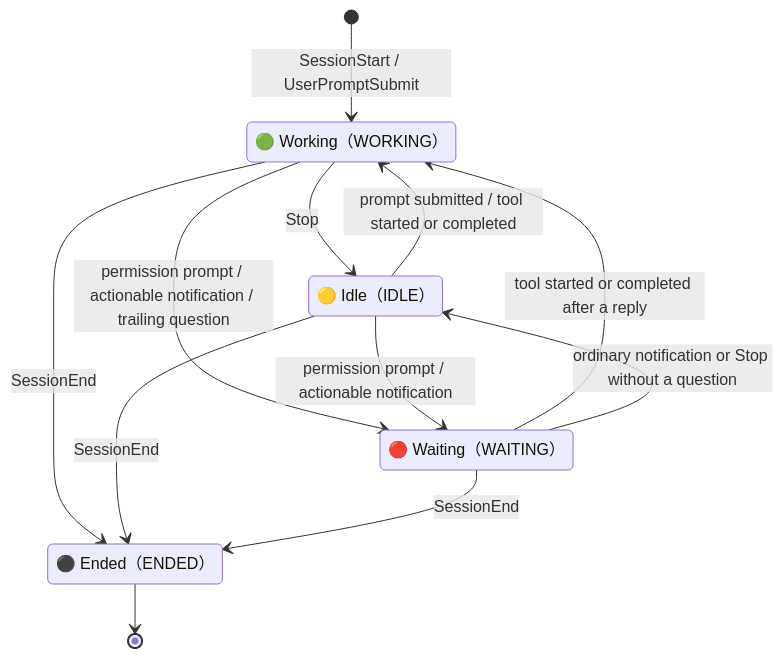
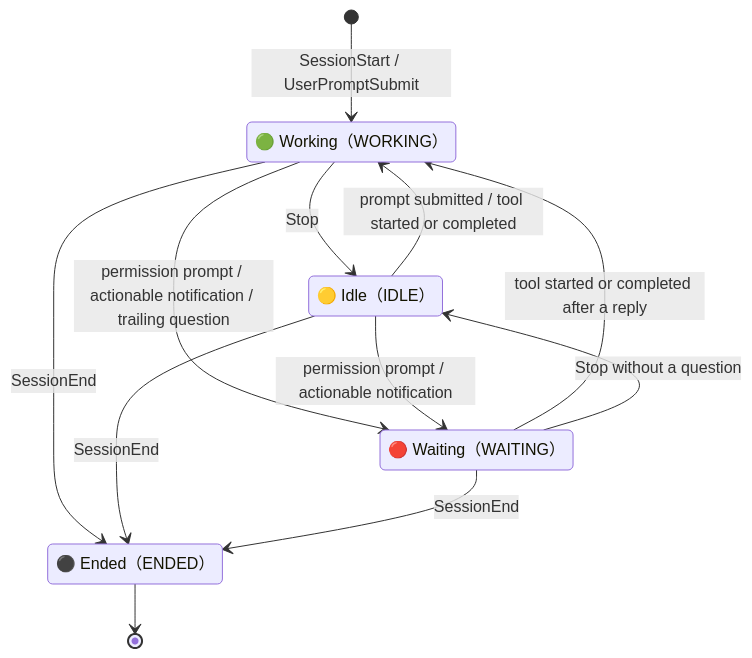
The diagram in docs/session-states.en.md (Lee-W/ring), drawn with Mermaid before and after one commit. The commit also changed other lines of this file and 5 other files, not shown here.

````diff
--- a/docs/session-states.en.md
+++ b/docs/session-states.en.md
@@ -13,19 +13,19 @@
 ```mermaid
 stateDiagram-v2
     state "🟢 Working（WORKING）" as WORKING
     state "🟡 Idle（IDLE）" as IDLE
     state "🔴 Waiting（WAITING）" as WAITING
     state "⚫ Ended（ENDED）" as ENDED
 
     [*] --> WORKING: SessionStart / UserPromptSubmit
     WORKING --> IDLE: Stop
     IDLE --> WORKING: prompt submitted / tool started or completed
     WAITING --> WORKING: tool started or completed after a reply
     WORKING --> WAITING: permission prompt / actionable notification / trailing question
     IDLE --> WAITING: permission prompt / actionable notification
-    WAITING --> IDLE: ordinary notification or Stop without a question
+    WAITING --> IDLE: Stop without a question
     WORKING --> ENDED: SessionEnd
     IDLE --> ENDED: SessionEnd
     WAITING --> ENDED: SessionEnd
     ENDED --> [*]
 ```
````
